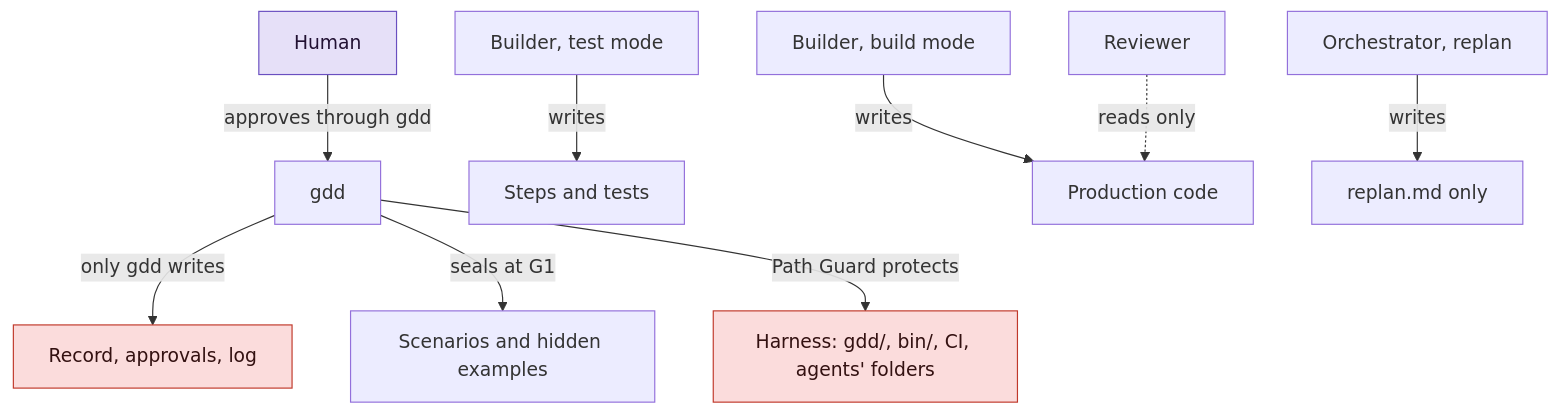
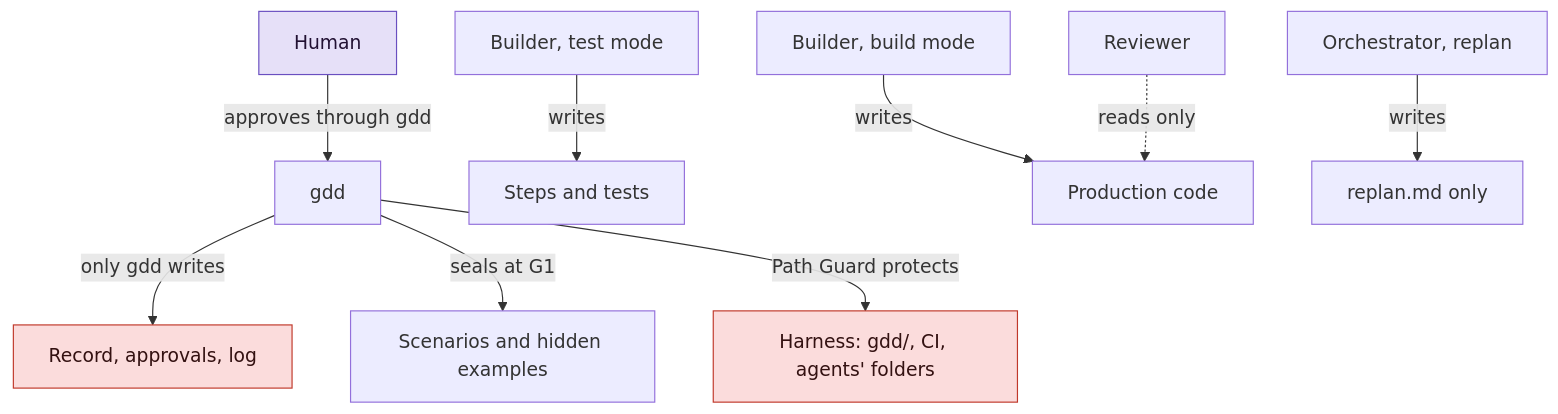
One commit to MarsGotta/gdd changed the diagram in docs/explanation/safety.md. Above: the diagram before and after it, drawn with Mermaid. The commit also changed other lines of this file and 210 other files, not shown here.

````diff
--- a/docs/explanation/safety.md
+++ b/docs/explanation/safety.md
@@ -32,15 +39,15 @@
 ```mermaid
 flowchart TD
     H["Human"] -->|"approves through gdd"| GD["gdd"]
     GD -->|"only gdd writes"| ST["Record, approvals, log"]
     GD -->|"seals at G1"| SC["Scenarios and hidden examples"]
     T["Builder, test mode"] -->|"writes"| SP["Steps and tests"]
     BM["Builder, build mode"] -->|"writes"| CODE["Production code"]
     O["Orchestrator, replan"] -->|"writes"| RP["replan.md only"]
     R["Reviewer"] -.->|"reads only"| CODE
-    GD -->|"Path Guard protects"| HA["Harness: gdd/, bin/, CI, agents' folders"]
+    GD -->|"Path Guard protects"| HA["Harness: gdd/, CI, agents' folders"]
     classDef human fill:#e6e0f8,stroke:#6a4fc0,color:#213
     classDef red fill:#fbdcdc,stroke:#c0392b,color:#311
     class H human
     class HA,ST red
 ```
````
